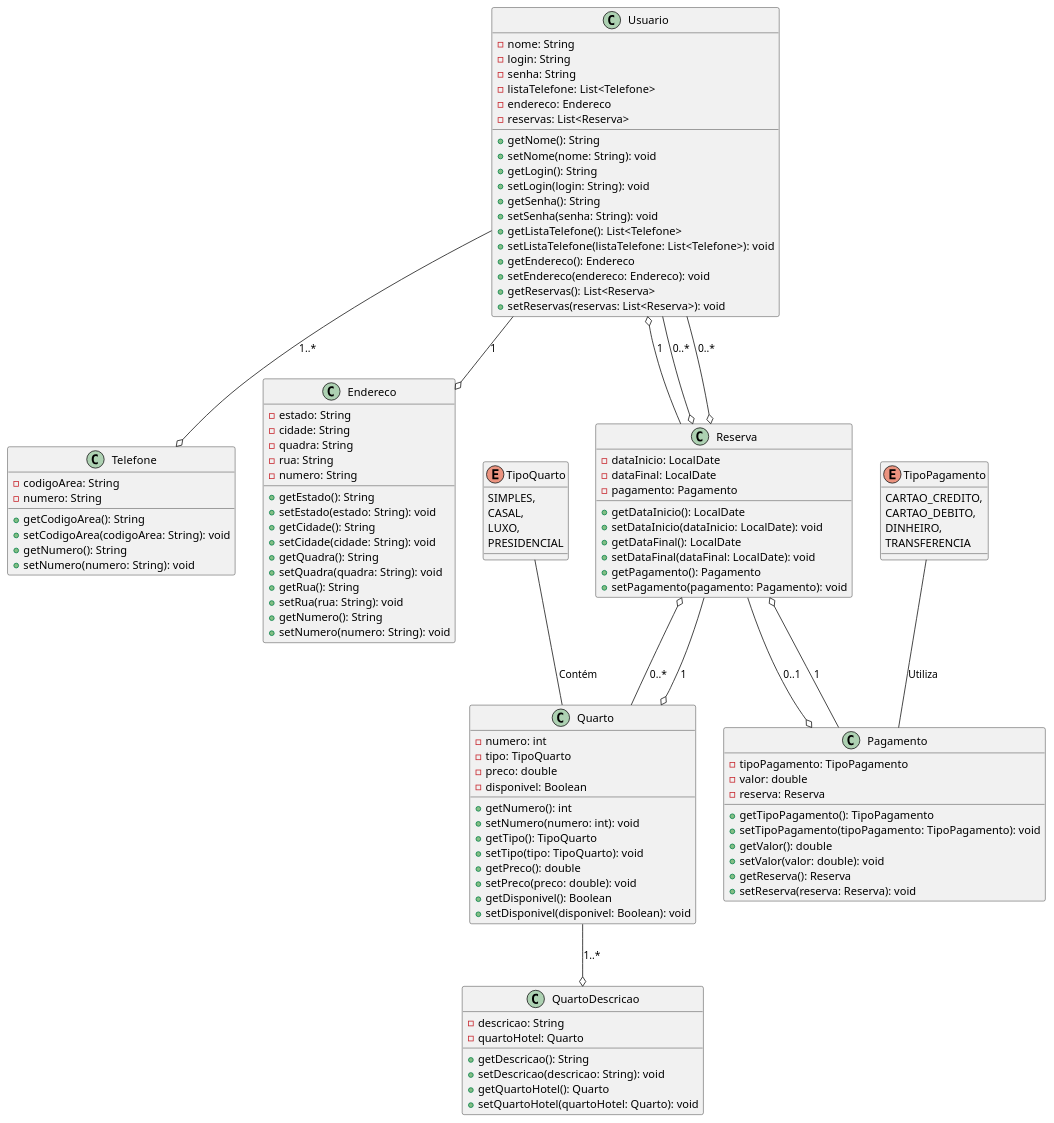
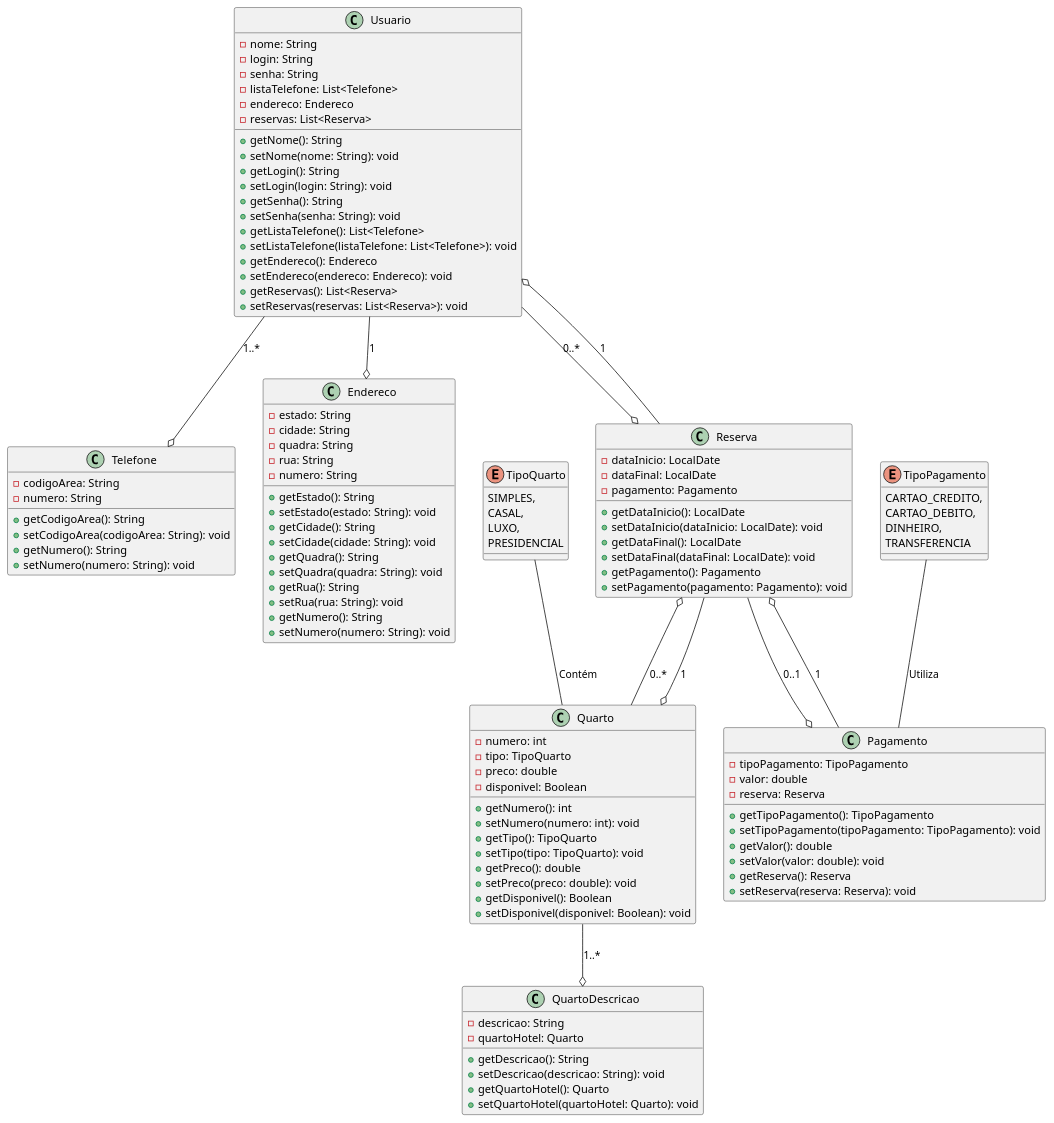
The diagram in src/main/java/br/unitins/topicos1/model/Diagrama.puml (JoaoPOPaulino/quarkus-topicos1-2023-2), drawn with PlantUML before and after one commit.

```diff
--- a/src/main/java/br/unitins/topicos1/model/Diagrama.puml
+++ b/src/main/java/br/unitins/topicos1/model/Diagrama.puml
@@ -1,126 +1,125 @@
 @startuml Hotel
 
 class Usuario {
   - nome: String
   - login: String
   - senha: String
   - listaTelefone: List<Telefone>
   - endereco: Endereco
   + getNome(): String
   + setNome(nome: String): void
   + getLogin(): String
   + setLogin(login: String): void
   + getSenha(): String
   + setSenha(senha: String): void
   + getListaTelefone(): List<Telefone>
   + setListaTelefone(listaTelefone: List<Telefone>): void
   + getEndereco(): Endereco
   + setEndereco(endereco: Endereco): void
   - reservas: List<Reserva>
   + getReservas(): List<Reserva>
   + setReservas(reservas: List<Reserva>): void
 }
 
 class Telefone {
   - codigoArea: String
   - numero: String
   + getCodigoArea(): String
   + setCodigoArea(codigoArea: String): void
   + getNumero(): String
   + setNumero(numero: String): void
 }
 
 class Endereco {
   - estado: String
   - cidade: String
   - quadra: String
   - rua: String
   - numero: String
   + getEstado(): String
   + setEstado(estado: String): void
   + getCidade(): String
   + setCidade(cidade: String): void
   + getQuadra(): String
   + setQuadra(quadra: String): void
   + getRua(): String
   + setRua(rua: String): void
   + getNumero(): String
   + setNumero(numero: String): void
 }
 
 class Reserva {
   - dataInicio: LocalDate
   - dataFinal: LocalDate
   - pagamento: Pagamento
   + getDataInicio(): LocalDate
   + setDataInicio(dataInicio: LocalDate): void
   + getDataFinal(): LocalDate
   + setDataFinal(dataFinal: LocalDate): void
   + getPagamento(): Pagamento
   + setPagamento(pagamento: Pagamento): void
 }
 
 class Pagamento {
   - tipoPagamento: TipoPagamento
   - valor: double
   + getTipoPagamento(): TipoPagamento
   + setTipoPagamento(tipoPagamento: TipoPagamento): void
   + getValor(): double
   + setValor(valor: double): void
   - reserva: Reserva
   + getReserva(): Reserva
   + setReserva(reserva: Reserva): void
 }
 
 class Quarto {
   - numero: int
   - tipo: TipoQuarto
   - preco: double
   - disponivel: Boolean
   + getNumero(): int
   + setNumero(numero: int): void
   + getTipo(): TipoQuarto
   + setTipo(tipo: TipoQuarto): void
   + getPreco(): double
   + setPreco(preco: double): void
   + getDisponivel(): Boolean
   + setDisponivel(disponivel: Boolean): void
 }
 
 class QuartoDescricao {
   - descricao: String
   - quartoHotel: Quarto
   + getDescricao(): String
   + setDescricao(descricao: String): void
   + getQuartoHotel(): Quarto
   + setQuartoHotel(quartoHotel: Quarto): void
 }
 
 enum TipoQuarto {
   SIMPLES,
   CASAL,
   LUXO,
   PRESIDENCIAL
 }
 
 enum TipoPagamento {
   CARTAO_CREDITO,
   CARTAO_DEBITO,
   DINHEIRO,
   TRANSFERENCIA
 }
 
 Usuario --o Telefone : 1..*
 Usuario --o Endereco : 1
 Usuario --o Reserva : 0..*
-Usuario --o Reserva : 0..*
 Reserva --o Quarto : 1
 Reserva --o Usuario : 1
 Reserva --o Pagamento : 0..1
 Pagamento --o Reserva : 1
 Quarto --o QuartoDescricao : 1..*
 Quarto --o Reserva : 0..*
 TipoQuarto -- Quarto : Contém
 TipoPagamento -- Pagamento : Utiliza
 
 @enduml
```
